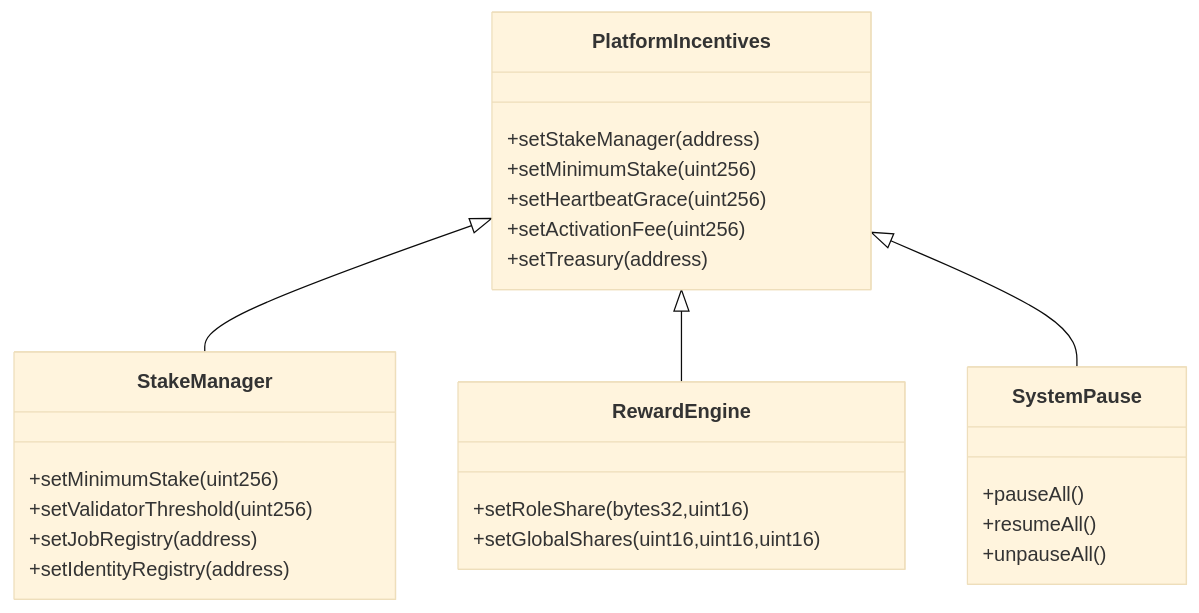
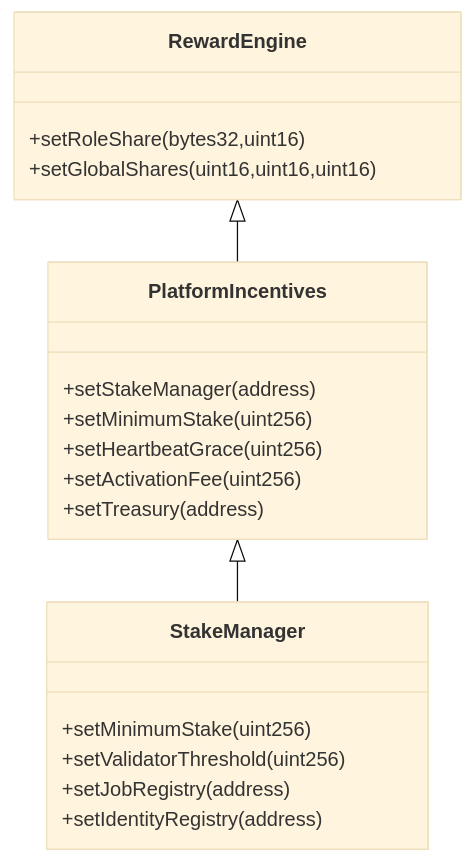
One commit to MontrealAI/AGI-Alpha-Node-v0 changed the fourth of 8 diagrams in docs/economics.md. Above: the diagram before and after it, drawn with Mermaid (base theme). The commit also changed other lines of this file and 1 other file, not shown here.

````diff
--- a/docs/economics.md
+++ b/docs/economics.md
@@ -167,28 +198,22 @@
 ```mermaid
 classDiagram
+  class RewardEngine {
+    +setRoleShare(bytes32,uint16)
+    +setGlobalShares(uint16,uint16,uint16)
+  }
   class PlatformIncentives {
     +setStakeManager(address)
     +setMinimumStake(uint256)
     +setHeartbeatGrace(uint256)
     +setActivationFee(uint256)
     +setTreasury(address)
   }
   class StakeManager {
     +setMinimumStake(uint256)
     +setValidatorThreshold(uint256)
     +setJobRegistry(address)
     +setIdentityRegistry(address)
   }
-  class RewardEngine {
-    +setRoleShare(bytes32,uint16)
-    +setGlobalShares(uint16,uint16,uint16)
-  }
-  class SystemPause {
-    +pauseAll()
-    +resumeAll()
-    +unpauseAll()
-  }
+  RewardEngine <|-- PlatformIncentives
   PlatformIncentives <|-- StakeManager
-  PlatformIncentives <|-- RewardEngine
-  PlatformIncentives <|-- SystemPause
 ```
````
